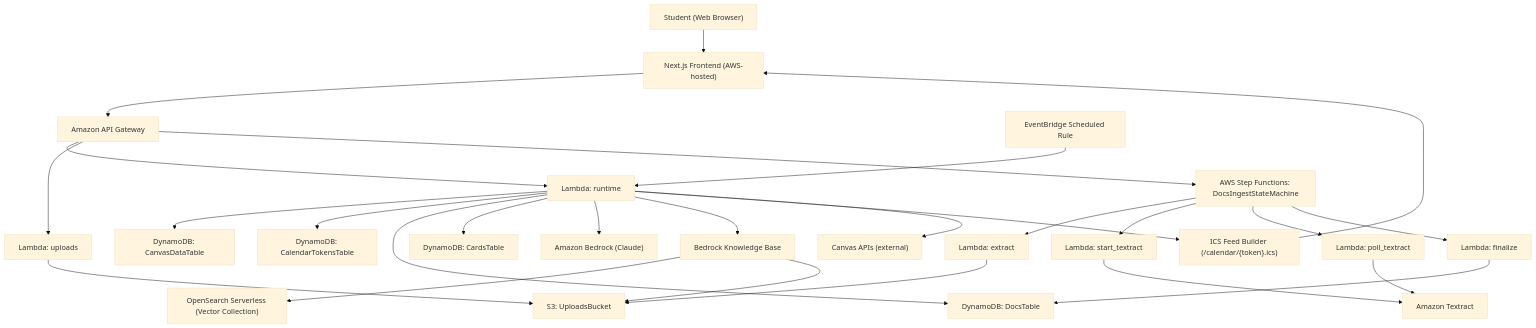
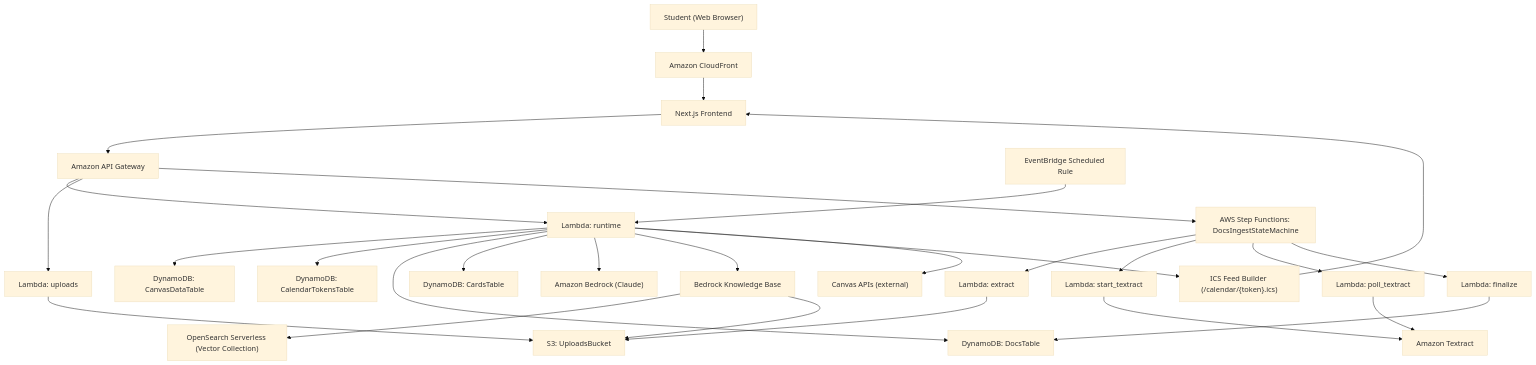
Before and after one commit to p1an0guy/GURT: the diagram in docs/ARCHITECTURE.md, drawn with Mermaid (base theme). The commit also changed other lines of this file and 2 other files, not shown here.

Commit message:
docs: update architecture and README for CloudFront frontend deployment

````diff
--- a/docs/ARCHITECTURE.md
+++ b/docs/ARCHITECTURE.md
@@ -61,36 +64,37 @@
 ```mermaid
 flowchart TD
-    U["Student (Web Browser)"] --> FE["Next.js Frontend (AWS-hosted)"]
+    U["Student (Web Browser)"] --> CF["Amazon CloudFront"]
+    CF --> FE["Next.js Frontend"]
 
     FE --> APIGW["Amazon API Gateway"]
 
     APIGW --> RUNTIME["Lambda: runtime"]
     APIGW --> UPLOADS["Lambda: uploads"]
     APIGW --> INGESTSM["AWS Step Functions: DocsIngestStateMachine"]
 
     RUNTIME --> DDB1["DynamoDB: CanvasDataTable"]
     RUNTIME --> DDB2["DynamoDB: CalendarTokensTable"]
     RUNTIME --> DDB3["DynamoDB: DocsTable"]
     RUNTIME --> DDB4["DynamoDB: CardsTable"]
 
     UPLOADS --> S3["S3: UploadsBucket"]
     INGESTSM --> EXTRACT["Lambda: extract"]
     INGESTSM --> STARTT["Lambda: start_textract"]
     INGESTSM --> POLLT["Lambda: poll_textract"]
     INGESTSM --> FINALIZE["Lambda: finalize"]
     EXTRACT --> S3
     STARTT --> TEX["Amazon Textract"]
     POLLT --> TEX
     FINALIZE --> DDB3
 
     RUNTIME --> BR["Amazon Bedrock (Claude)"]
     RUNTIME --> KB["Bedrock Knowledge Base"]
     KB --> AOSS["OpenSearch Serverless (Vector Collection)"]
     KB --> S3
 
     RUNTIME --> ICS["ICS Feed Builder (/calendar/{token}.ics)"]
     ICS --> FE
 
     RUNTIME --> CANVAS["Canvas APIs (external)"]
     EVB["EventBridge Scheduled Rule"] --> RUNTIME
 ```
````
